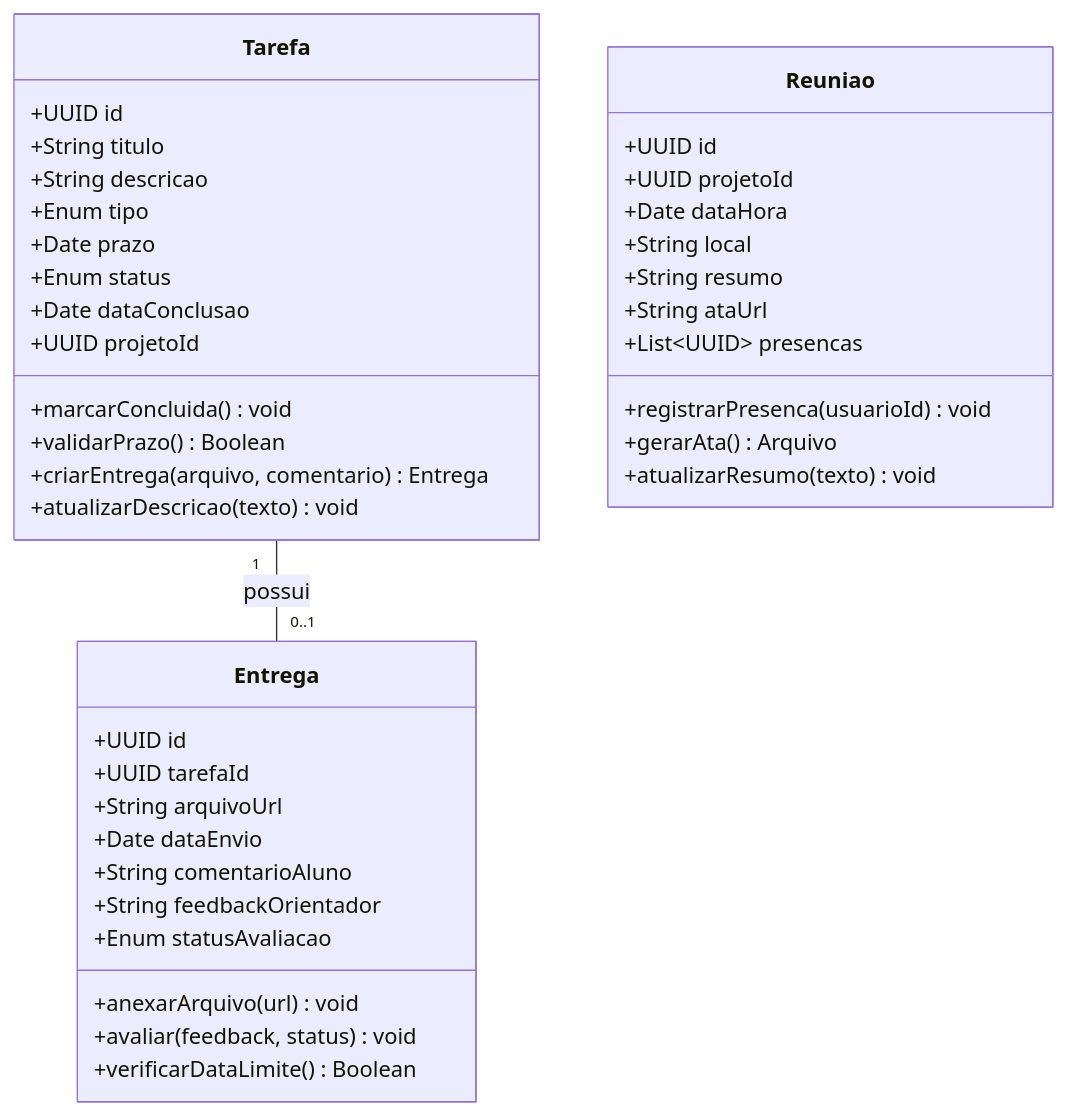
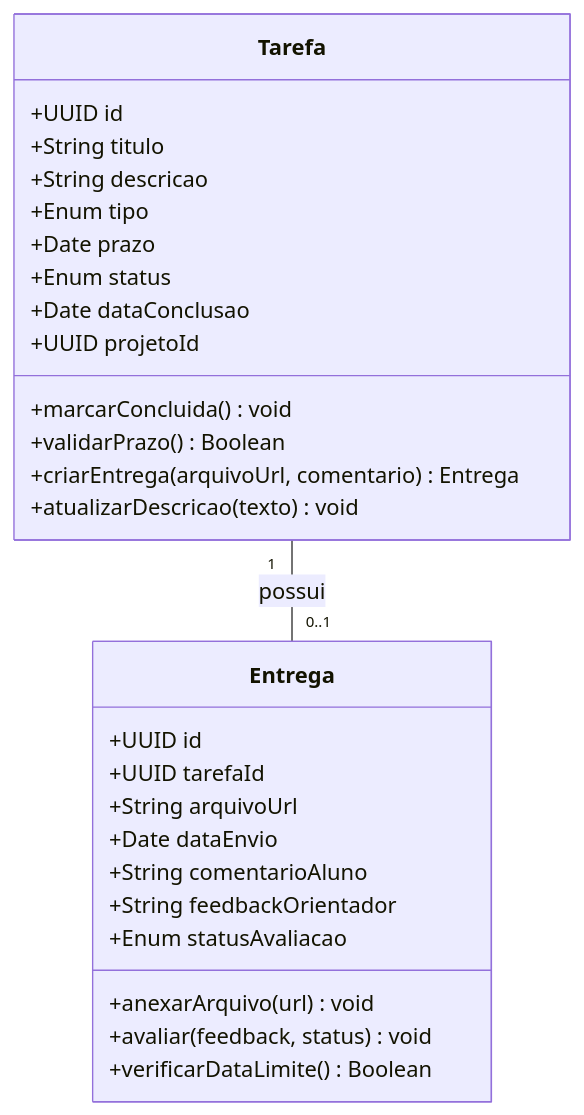
The fourth of 7 diagrams in projeto-e-arquitetura/6-c4-codigo.md (JEAN1ACCELER/projeto_pratico-eg), drawn with Mermaid before and after one commit. The commit also changed other lines of this file, not shown here.

````diff
--- a/projeto-e-arquitetura/6-c4-codigo.md
+++ b/projeto-e-arquitetura/6-c4-codigo.md
@@ -200,45 +259,32 @@
 ```mermaid
 classDiagram
     class Tarefa {
         +UUID id
         +String titulo
         +String descricao
         +Enum tipo
         +Date prazo
         +Enum status
         +Date dataConclusao
         +UUID projetoId
         +marcarConcluida() void
         +validarPrazo() Boolean
-        +criarEntrega(arquivo, comentario) Entrega
+        +criarEntrega(arquivoUrl, comentario) Entrega
         +atualizarDescricao(texto) void
     }
 
     class Entrega {
         +UUID id
         +UUID tarefaId
         +String arquivoUrl
         +Date dataEnvio
         +String comentarioAluno
         +String feedbackOrientador
         +Enum statusAvaliacao
         +anexarArquivo(url) void
         +avaliar(feedback, status) void
         +verificarDataLimite() Boolean
     }
 
-    class Reuniao {
-        +UUID id
-        +UUID projetoId
-        +Date dataHora
-        +String local
-        +String resumo
-        +String ataUrl
-        +List~UUID~ presencas
-        +registrarPresenca(usuarioId) void
-        +gerarAta() Arquivo
-        +atualizarResumo(texto) void
-    }
-
     Tarefa "1" -- "0..1" Entrega : possui
 ```
````
